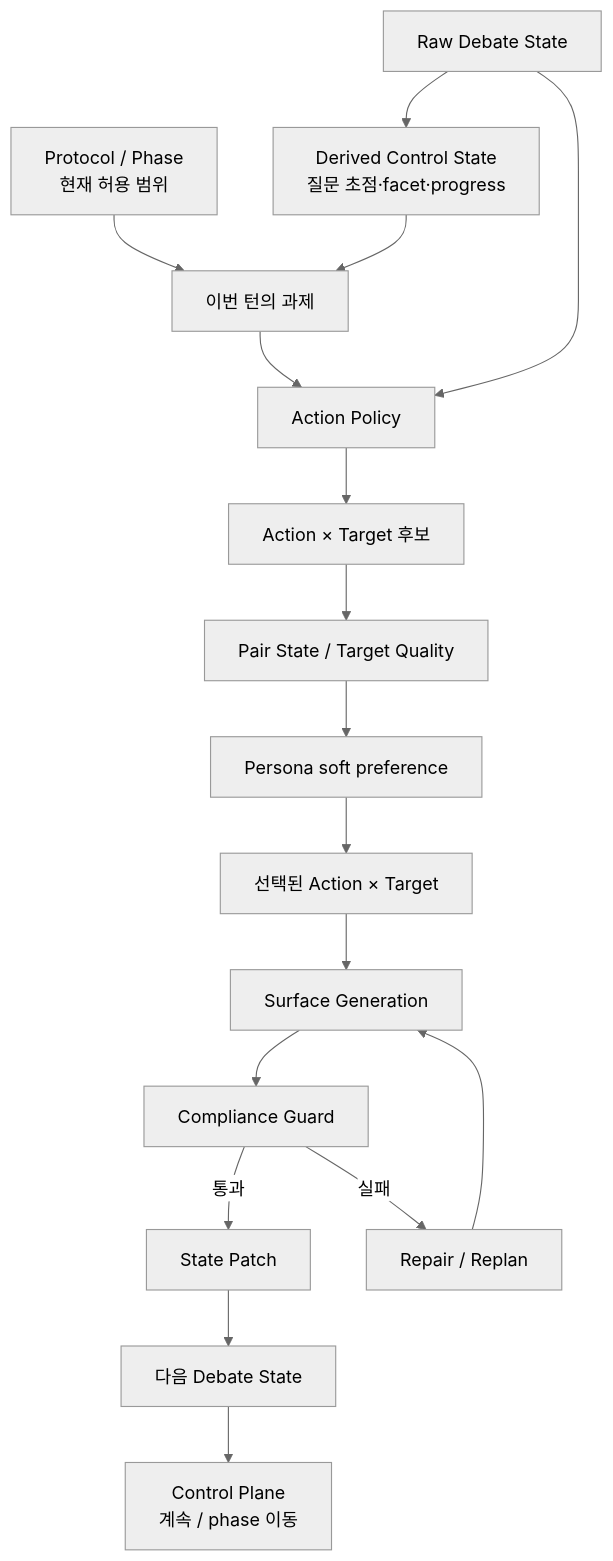
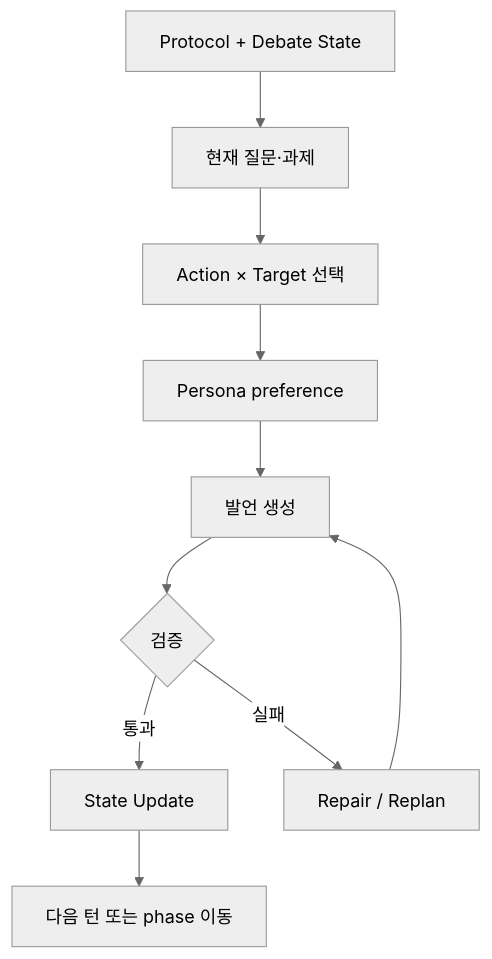
Before and after one commit to hodob/A1-3: the fifth of 11 diagrams in README.md, drawn with Mermaid (neutral theme). The commit also changed other lines of this file, not shown here.

Commit message:
Refine README readability with multi-view architecture hierarchy

````diff
--- a/README.md
+++ b/README.md
@@ -134,23 +236,12 @@
 ```mermaid
 flowchart TD
-    P[Protocol / Phase<br/>현재 허용 범위] --> T[이번 턴의 과제]
-    S[Raw Debate State] --> C[Derived Control State<br/>질문 초점·facet·progress]
-    C --> T
-
-    T --> A[Action Policy]
-    S --> A
-    A --> Q[Action × Target 후보]
-
-    Q --> F[Pair State / Target Quality]
-    F --> R[Persona soft preference]
-    R --> X[선택된 Action × Target]
-
-    X --> G[Surface Generation]
-    G --> V[Compliance Guard]
-    V -->|통과| SP[State Patch]
-    V -->|실패| RP[Repair / Replan]
-    RP --> G
-
-    SP --> NS[다음 Debate State]
-    NS --> M[Control Plane<br/>계속 / phase 이동]
+    A[Protocol + Debate State] --> B[현재 질문·과제]
+    B --> C[Action × Target 선택]
+    C --> D[Persona preference]
+    D --> E[발언 생성]
+    E --> F{검증}
+    F -->|통과| G[State Update]
+    F -->|실패| H[Repair / Replan]
+    H --> E
+    G --> I[다음 턴 또는 phase 이동]
 ```
````
